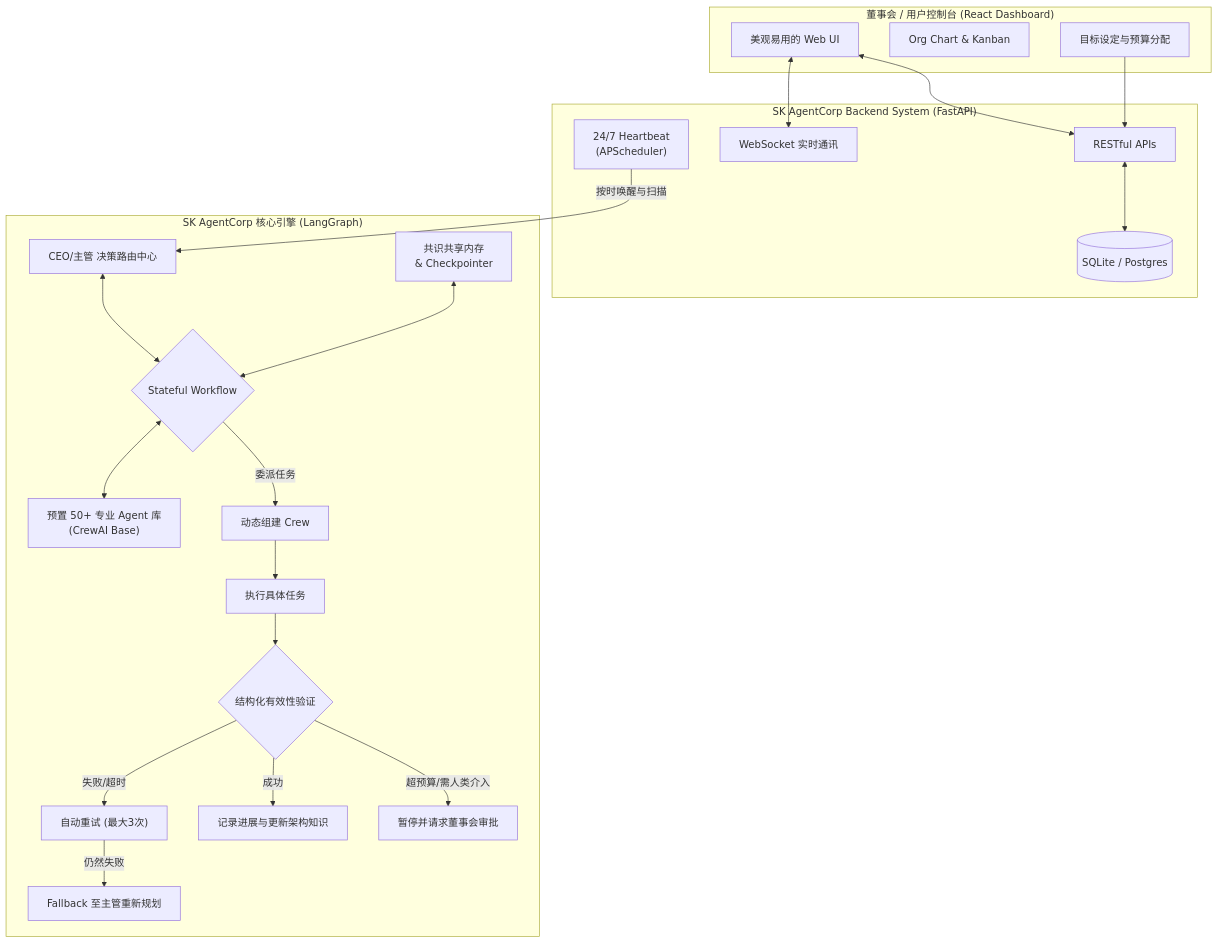
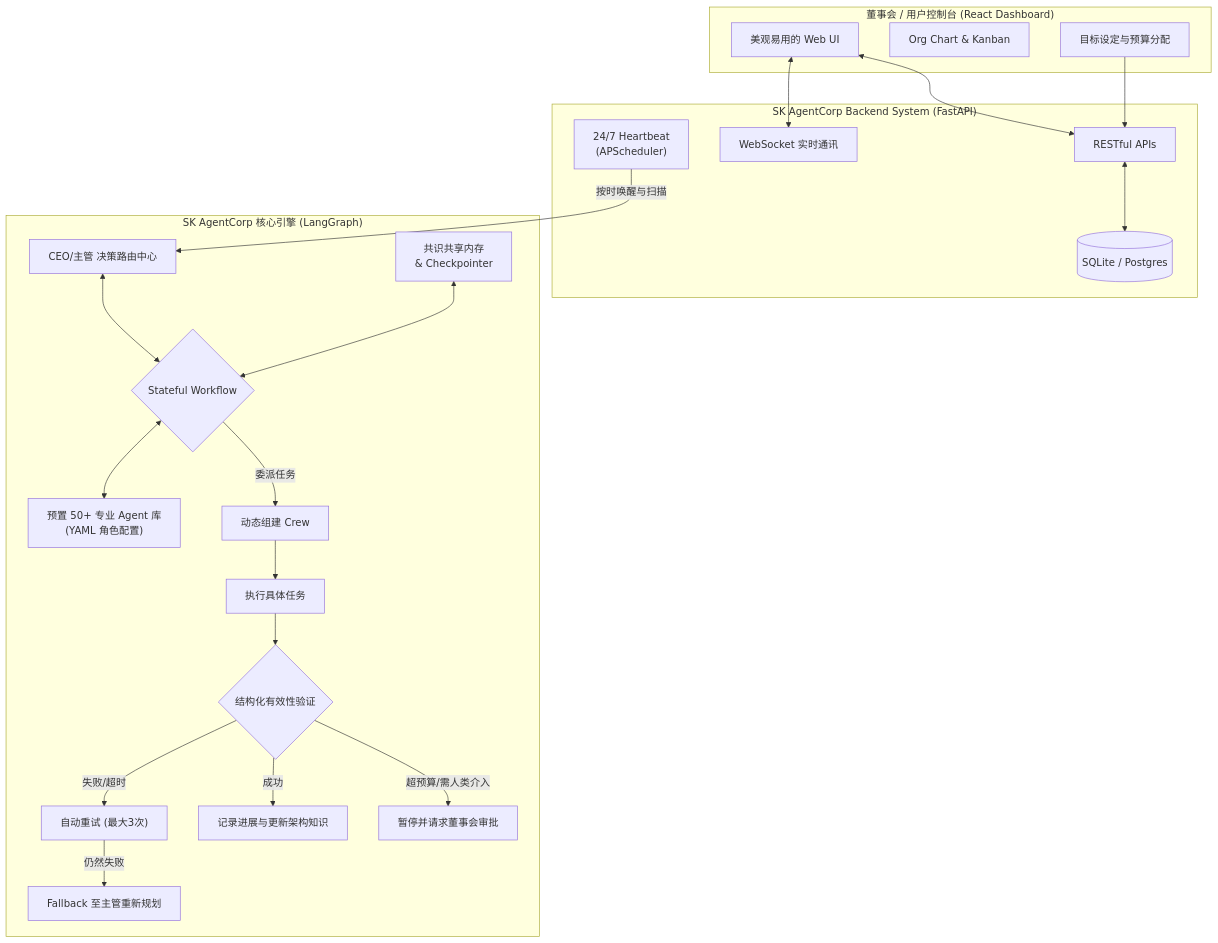
Before and after one commit to sihuangtech/sk-agentcorp: the diagram in README_zh.md, drawn with Mermaid. The commit also changed other lines of this file and 3 other files, not shown here.

````diff
--- a/README_zh.md
+++ b/README_zh.md
@@ -28,40 +28,40 @@
 ```mermaid
 graph TD
     subgraph "董事会 / 用户控制台 (React Dashboard)"
         UI[美观易用的 Web UI]
         Vis[Org Chart & Kanban]
         Controls[目标设定与预算分配]
     end
 
     subgraph "SK AgentCorp Backend System (FastAPI)"
         API[RESTful APIs]
         WS[WebSocket 实时通讯]
         DB[(SQLite / Postgres)]
         Heartbeat["24/7 Heartbeat<br/>(APScheduler)"]
     end
 
     subgraph "SK AgentCorp 核心引擎 (LangGraph)"
         Controller["CEO/主管 决策路由中心"]
         State["共识共享内存<br/>& Checkpointer"]
-        WorkerPool["预置 50+ 专业 Agent 库<br/>(CrewAI Base)"]
+        WorkerPool["预置 50+ 专业 Agent 库<br/>(YAML 角色配置)"]
         
         Graph{"Stateful Workflow"}
         Graph -->|委派任务| BuildCrew["动态组建 Crew"]
         BuildCrew --> Execute["执行具体任务"]
         Execute --> Verify{"结构化有效性验证"}
         Verify -->|失败/超时| Retry["自动重试 (最大3次)"]
         Retry -->|仍然失败| Fallback["Fallback 至主管重新规划"]
         Verify -->|成功| DB_Record["记录进展与更新架构知识"]
         Verify -->|超预算/需人类介入| Human["暂停并请求董事会审批"]
     end
 
     UI <--> API
     UI <--> WS
     Controls --> API
     API <--> DB
     
     Heartbeat -->|按时唤醒与扫描| Controller
     Controller <--> Graph
     State <--> Graph
     Graph <--> WorkerPool
 ```
````
